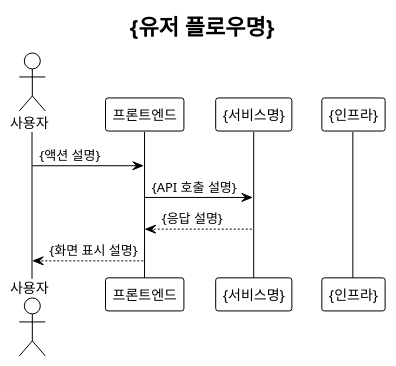
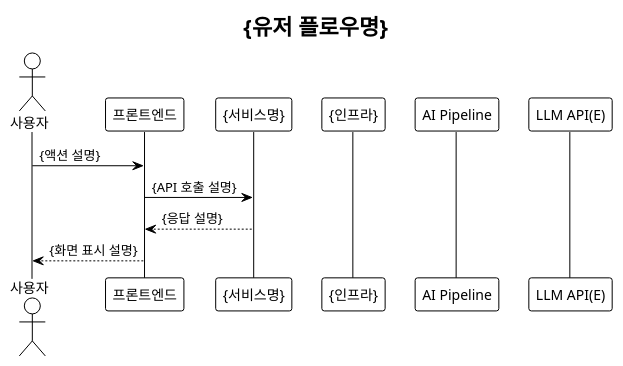
Before and after one commit to unicorn-plugins/npd: the diagram in resources/guides/design/sequence-outer-design.md, drawn with PlantUML. The commit also changed other lines of this file and 9 other files, not shown here.

First line of the commit message:
AI 엔지니어 통합: 설계 워크플로우 전 단계에 ai-engineer 참여 반영

````diff
--- a/resources/guides/design/sequence-outer-design.md
+++ b/resources/guides/design/sequence-outer-design.md
@@ -56,15 +58,17 @@
 ```plantuml
 !theme mono
 
 title {유저 플로우명}
 
 actor "사용자" as user
 participant "프론트엔드" as fe
 participant "{서비스명}" as svc
 participant "{인프라}" as infra
+participant "AI Pipeline" as ai
+participant "LLM API(E)" as llm
 
 user -> fe : {액션 설명}
 fe -> svc : {API 호출 설명}
 svc --> fe : {응답 설명}
 fe --> user : {화면 표시 설명}
 ```
````
